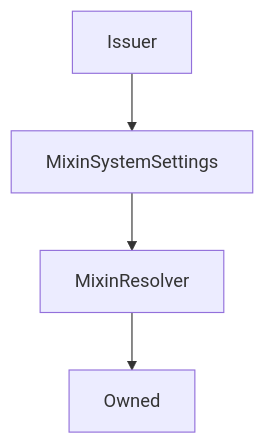
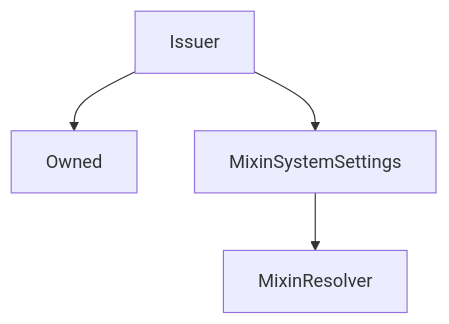
One commit to Synthetixio/synthetix-docs changed the diagram in content/contracts/source/contracts/Issuer.md. Above: the diagram before and after it, drawn with Mermaid. The commit also changed other lines of this file and 117 other files, not shown here.

````diff
--- a/content/contracts/source/contracts/Issuer.md
+++ b/content/contracts/source/contracts/Issuer.md
@@ -18,7 +18,7 @@
 ```mermaid
 graph TD
+    Issuer[Issuer] --> Owned[Owned]
     Issuer[Issuer] --> MixinSystemSettings[MixinSystemSettings]
     MixinSystemSettings[MixinSystemSettings] --> MixinResolver[MixinResolver]
-    MixinResolver[MixinResolver] --> Owned[Owned]
 
 ```
````
